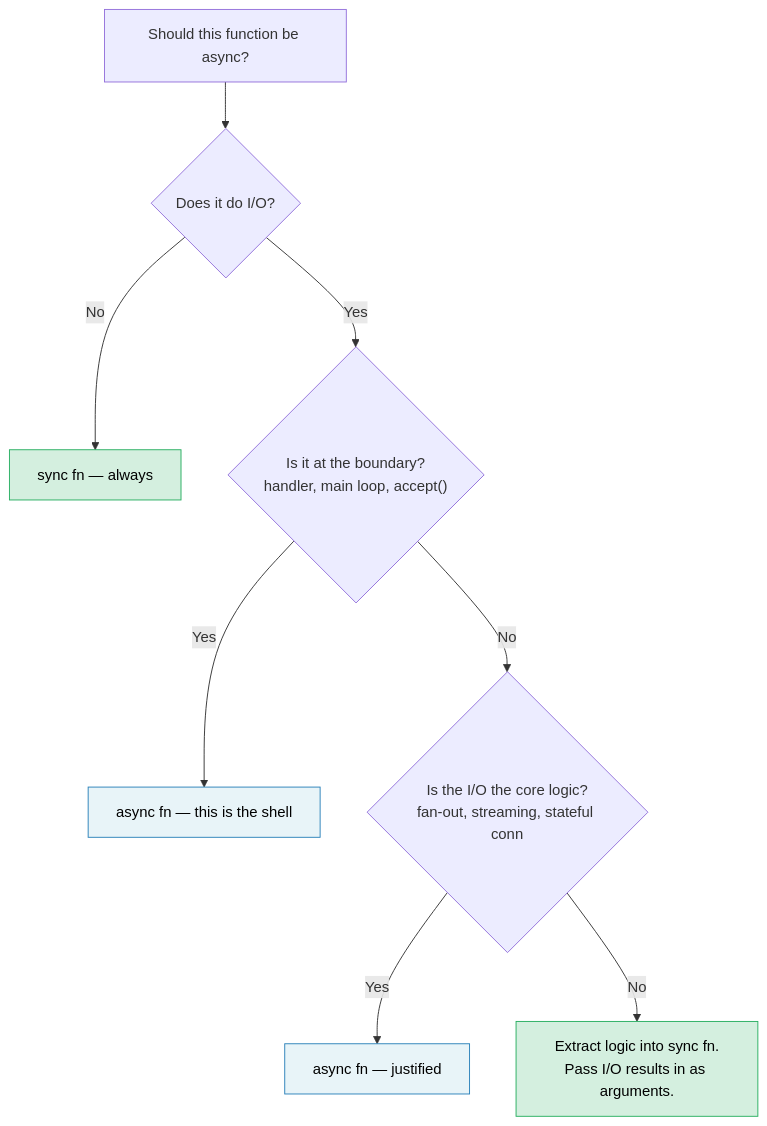
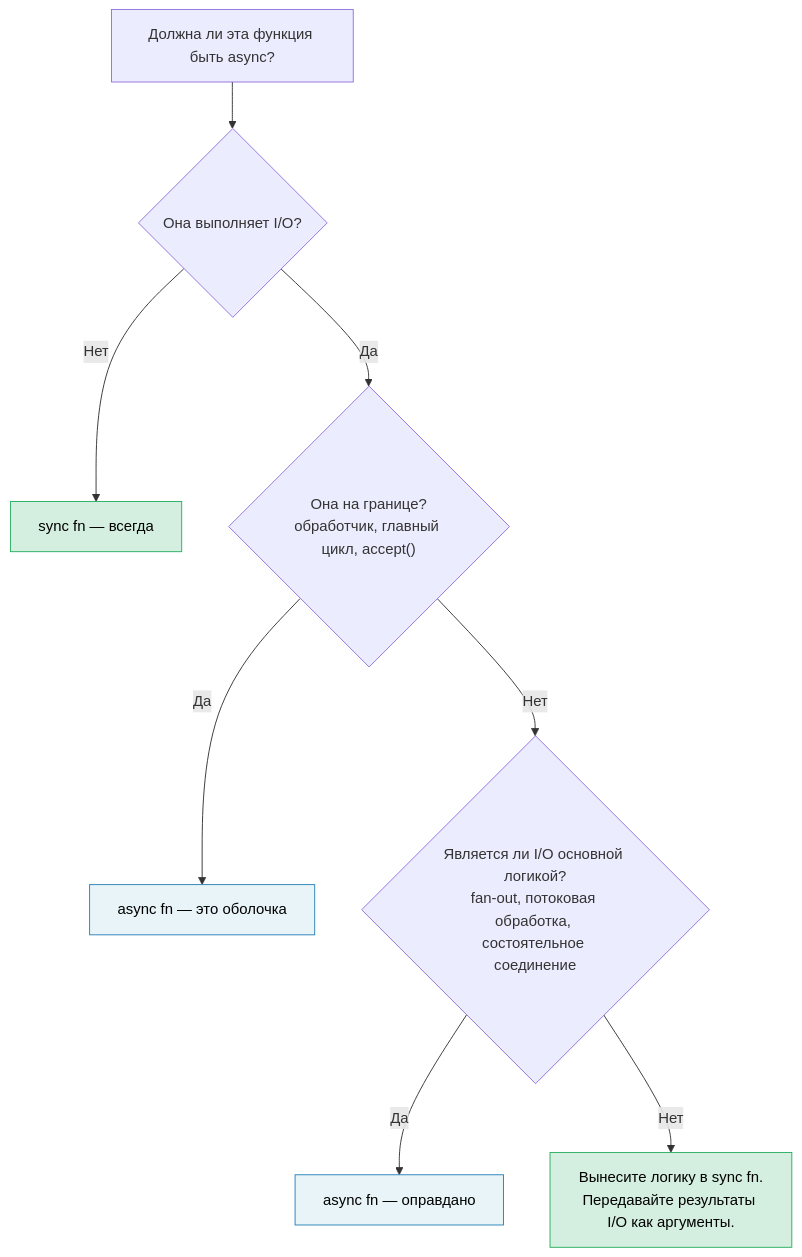
The diagram in async-book/src/ch14-async-is-an-optimization-not-an-architecture.md (r007/RustTraining-Rus), drawn with Mermaid before and after one commit. The commit also changed other lines of this file and 3 other files, not shown here.

````diff
--- a/async-book/src/ch14-async-is-an-optimization-not-an-architecture.md
+++ b/async-book/src/ch14-async-is-an-optimization-not-an-architecture.md
@@ -275,15 +275,15 @@
 ```mermaid
 graph TD
-    START["Should this function be async?"] --> IO{"Does it do I/O?"}
-    IO -->|No| SYNC["sync fn — always"]
-    IO -->|Yes| BOUNDARY{"Is it at the boundary?<br/>handler, main loop, accept()"}
-    BOUNDARY -->|Yes| ASYNC_SHELL["async fn — this is the shell"]
-    BOUNDARY -->|No| CORE_IO{"Is the I/O the core logic?<br/>fan-out, streaming, stateful conn"}
-    CORE_IO -->|Yes| ASYNC_CORE["async fn — justified"]
-    CORE_IO -->|No| EXTRACT["Extract logic into sync fn.<br/>Pass I/O results in as arguments."]
+    START["Должна ли эта функция быть async?"] --> IO{"Она выполняет I/O?"}
+    IO -->|Нет| SYNC["sync fn — всегда"]
+    IO -->|Да| BOUNDARY{"Она на границе?<br/>обработчик, главный цикл, accept()"}
+    BOUNDARY -->|Да| ASYNC_SHELL["async fn — это оболочка"]
+    BOUNDARY -->|Нет| CORE_IO{"Является ли I/O основной логикой?<br/>fan-out, потоковая обработка, состоятельное соединение"}
+    CORE_IO -->|Да| ASYNC_CORE["async fn — оправдано"]
+    CORE_IO -->|Нет| EXTRACT["Вынесите логику в sync fn.<br/>Передавайте результаты I/O как аргументы."]
 
     style SYNC fill:#d4efdf,stroke:#27ae60,color:#000
     style ASYNC_SHELL fill:#e8f4f8,stroke:#2980b9,color:#000
     style ASYNC_CORE fill:#e8f4f8,stroke:#2980b9,color:#000
     style EXTRACT fill:#d4efdf,stroke:#27ae60,color:#000
 ```
````
